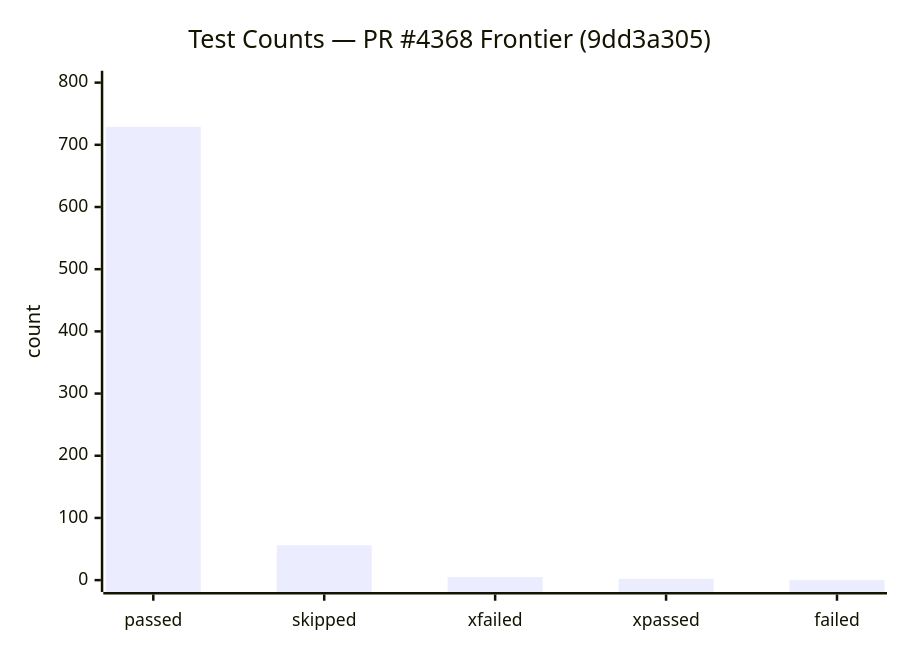
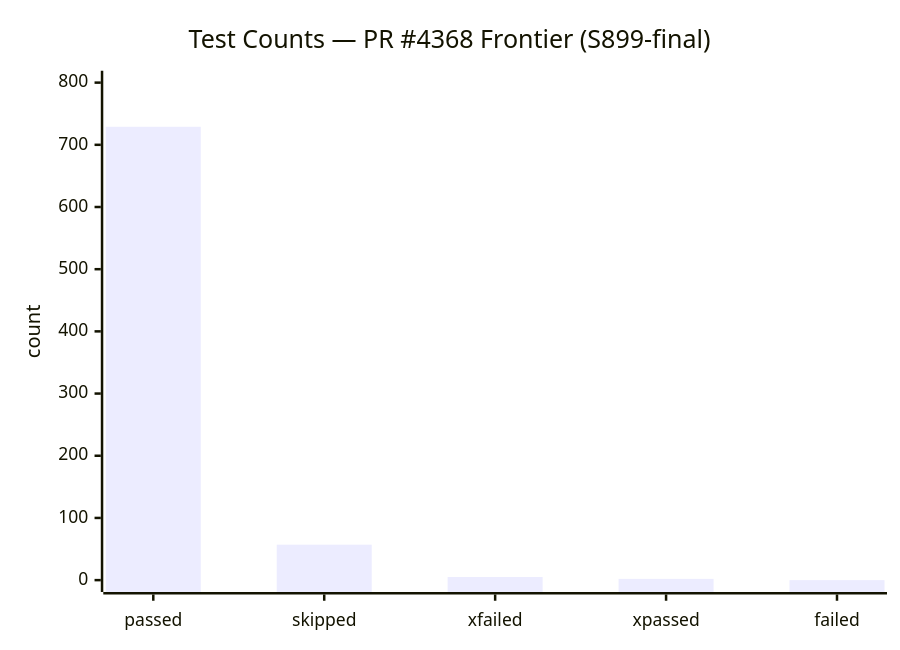
One commit to Aries-Serpent/_codex_ changed the fourth of 5 diagrams in docs/roadmap/PR4368_session_diagram.md. Above: the diagram before and after it, drawn with Mermaid. The commit also changed other lines of this file and 4 other files, not shown here.

````diff
--- a/docs/roadmap/PR4368_session_diagram.md
+++ b/docs/roadmap/PR4368_session_diagram.md
@@ -123,7 +124,7 @@
 ```mermaid
 xychart-beta
-    title "Test Counts — PR #4368 Frontier (9dd3a305)"
+    title "Test Counts — PR #4368 Frontier (S899-final)"
     x-axis ["passed", "skipped", "xfailed", "xpassed", "failed"]
     y-axis "count" 0 --> 800
-    bar [729, 56, 5, 2, 0]
+    bar [729, 57, 5, 2, 0]
 ```
````
